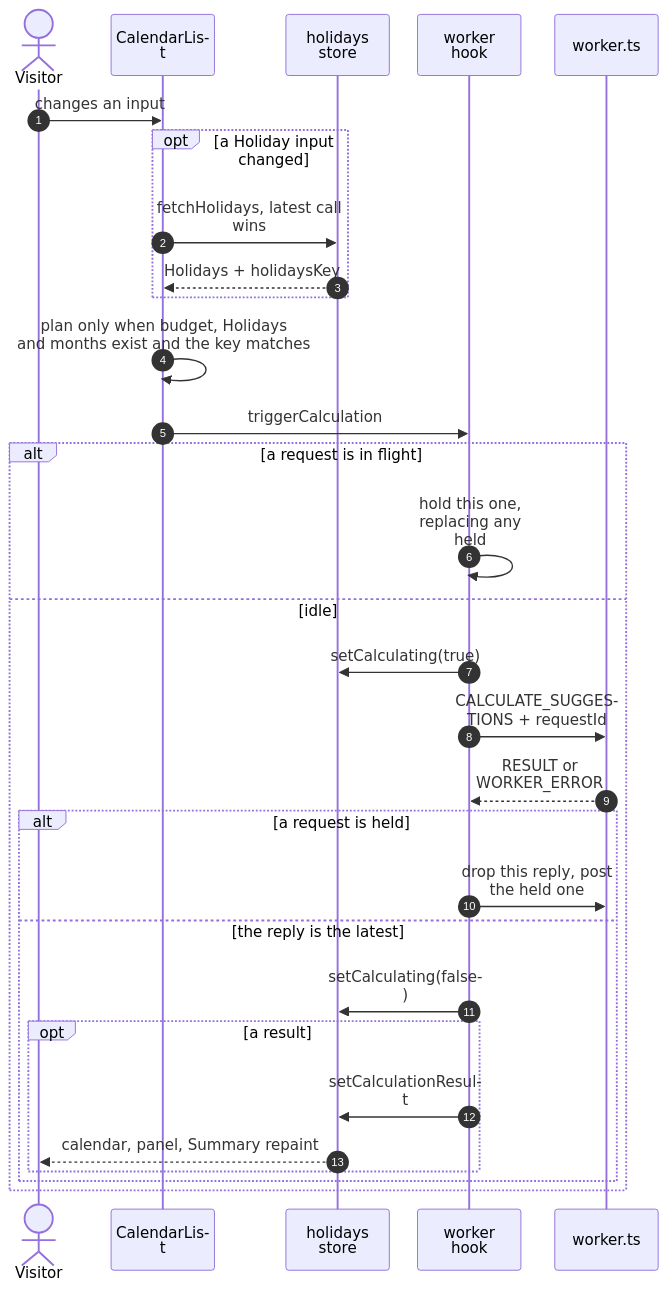
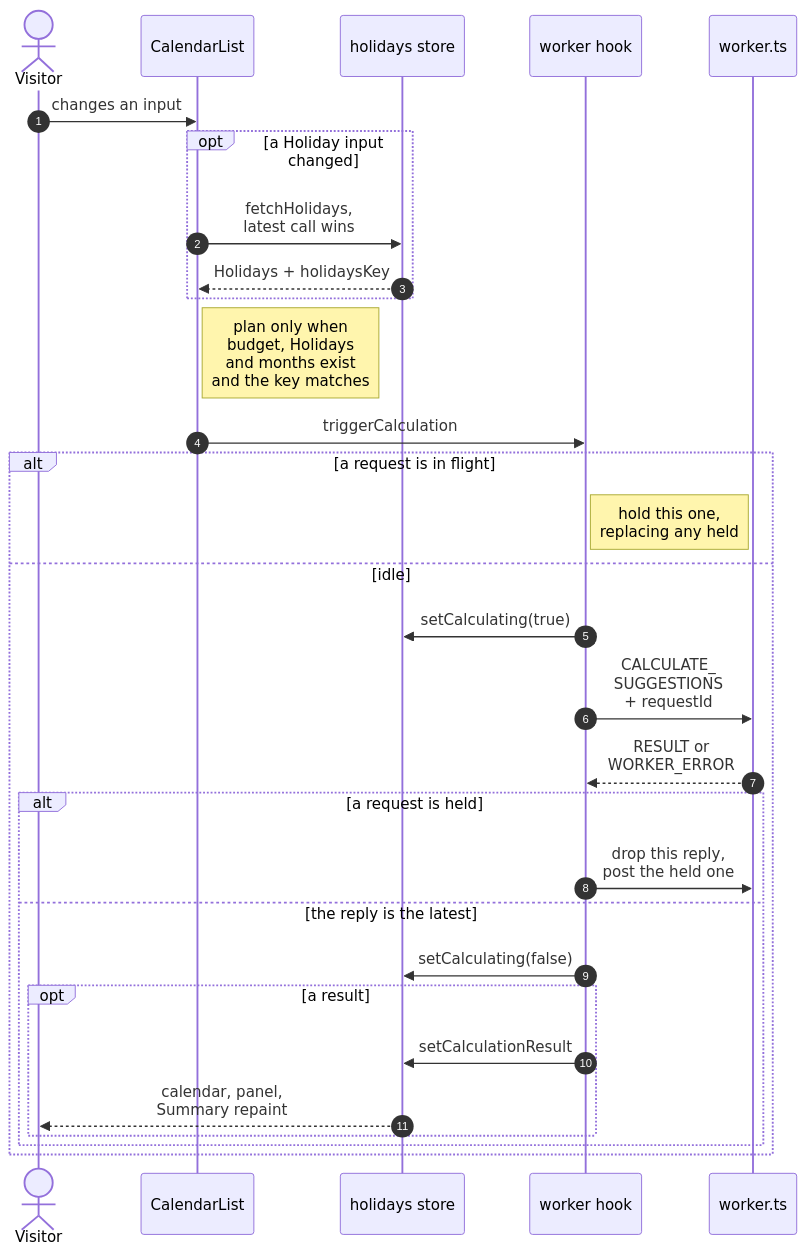
One commit to fbuireu/forever-pto changed the first of 3 diagrams in apps/docs/src/content/docs/how-it-works/calculation-worker.mdx. Above: the diagram before and after it, drawn with Mermaid. The commit also changed other lines of this file and 26 other files, not shown here.

First line of the commit message:
docs(diagrams): fix split words, overlaps and oversized Mermaid diagrams

````diff
--- a/apps/docs/src/content/docs/how-it-works/calculation-worker.mdx
+++ b/apps/docs/src/content/docs/how-it-works/calculation-worker.mdx
@@ -14,41 +14,42 @@
 ```mermaid
 ---
 config:
   look: handDrawn
   layout: dagre
   sequence:
-    wrap: true
-    width: 110
-    actorMargin: 20
+    wrap: false
+    width: 80
+    actorMargin: 10
+    messageMargin: 36
 ---
 sequenceDiagram
   autonumber
   actor V as Visitor
   participant CL as CalendarList
   participant HS as holidays store
   participant HK as worker hook
   participant WK as worker.ts
   V->>CL: changes an input
   opt a Holiday input changed
-    CL->>HS: fetchHolidays, latest call wins
+    CL->>HS: fetchHolidays,<br/>latest call wins
     HS-->>CL: Holidays + holidaysKey
   end
-  CL->>CL: plan only when budget, Holidays<br/>and months exist and the key matches
+  Note right of CL: plan only when<br/>budget, Holidays<br/>and months exist<br/>and the key matches
   CL->>HK: triggerCalculation
   alt a request is in flight
-    HK->>HK: hold this one, replacing any held
+    Note right of HK: hold this one,<br/>replacing any held
   else idle
     HK->>HS: setCalculating(true)
-    HK->>WK: CALCULATE_SUGGESTIONS + requestId
-    WK-->>HK: RESULT or WORKER_ERROR
+    HK->>WK: CALCULATE_<br/>SUGGESTIONS<br/>+ requestId
+    WK-->>HK: RESULT or<br/>WORKER_ERROR
     alt a request is held
-      HK->>WK: drop this reply, post the held one
+      HK->>WK: drop this reply,<br/>post the held one
     else the reply is the latest
       HK->>HS: setCalculating(false)
       opt a result
         HK->>HS: setCalculationResult
-        HS-->>V: calendar, panel, Summary repaint
+        HS-->>V: calendar, panel,<br/>Summary repaint
       end
     end
   end
 ```
````
